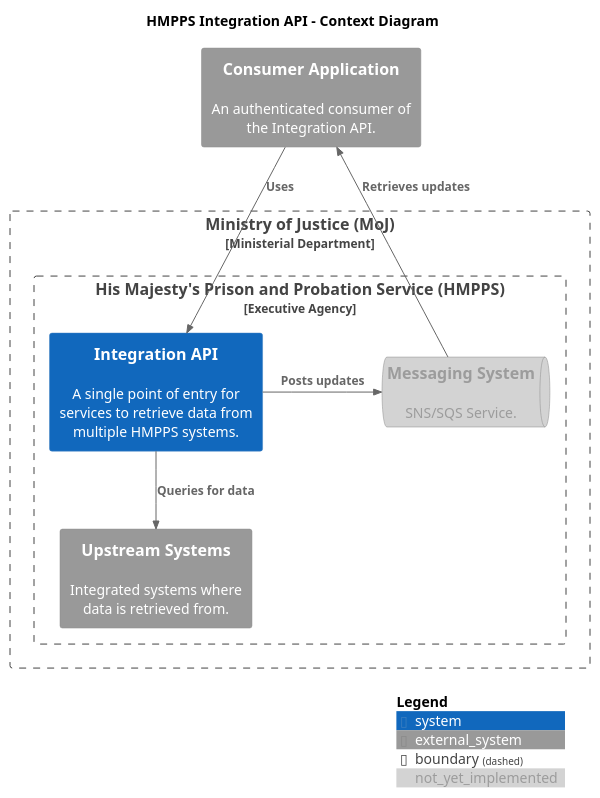
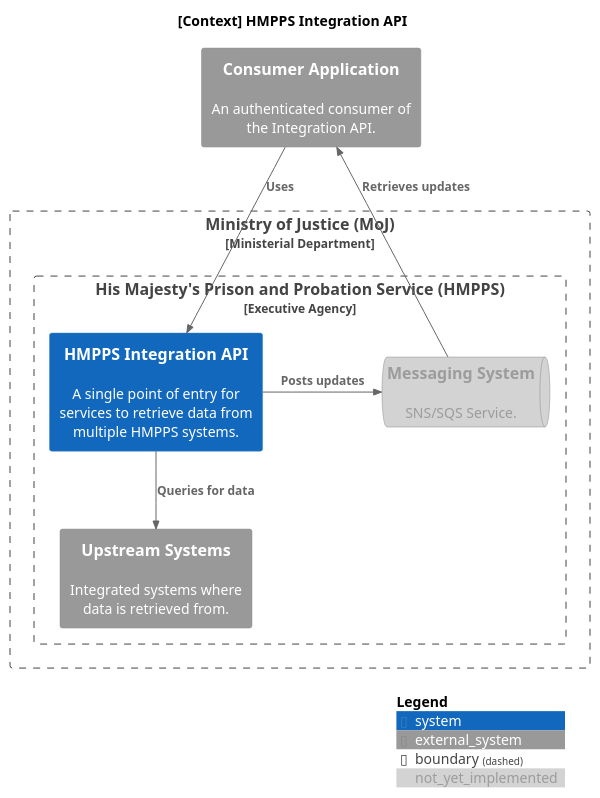
One commit to ministryofjustice/hmpps-integration-api changed the diagram in docs/diagrams/context.puml. Above: the diagram before and after it, drawn with PlantUML. The commit also changed 1 other file, not shown here.

```diff
--- a/docs/diagrams/context.puml
+++ b/docs/diagrams/context.puml
@@ -1,30 +1,30 @@
 @startuml context
 
 !include https://raw.githubusercontent.com/plantuml-stdlib/C4-PlantUML/master/C4_Context.puml
 
 skinparam linetype polyline
 
-title HMPPS Integration API - Context Diagram
+title [Context] HMPPS Integration API
 
 AddElementTag("not_yet_implemented", $bgColor="#D3D3D3", $fontColor="#9C9C9C")
 
 System_Ext(consumer, "Consumer Application", "An authenticated consumer of the Integration API.")
 
 Boundary(moj, "Ministry of Justice (MoJ)", "Ministerial Department") {
   Boundary(hmpps, "His Majesty's Prison and Probation Service (HMPPS)", "Executive Agency") {
-    System(hmpps_integration_api, "Integration API", "A single point of entry for services to retrieve data from multiple HMPPS systems.")
+    System(hmpps_integration_api, "HMPPS Integration API", "A single point of entry for services to retrieve data from multiple HMPPS systems.")
 
     SystemQueue_Ext(messaging, "Messaging System", "SNS/SQS Service.",$tags="not_yet_implemented")
 
     System_Ext(upstream, "Upstream Systems", "Integrated systems where data is retrieved from.")
   }
 }
 
 Rel_Down(consumer, hmpps_integration_api, "Uses")
 Rel_Right(hmpps_integration_api, messaging, "Posts updates")
 Rel_Up(messaging, consumer, "Retrieves updates")
 Rel(hmpps_integration_api, upstream, "Queries for data")
 
 SHOW_DYNAMIC_LEGEND()
 
 @enduml
```
